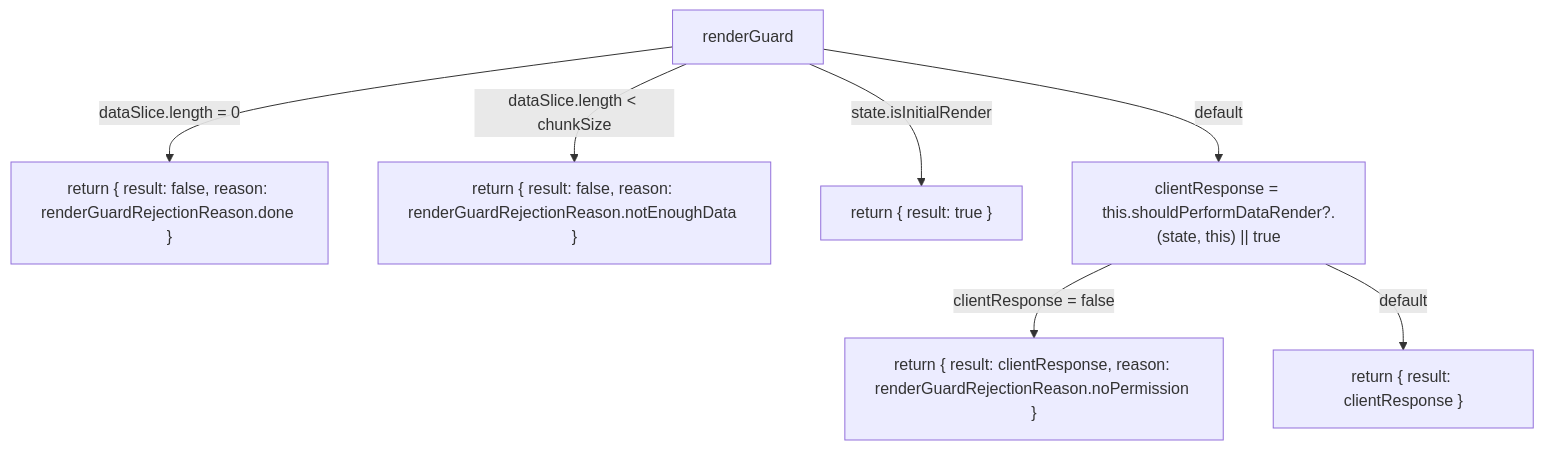
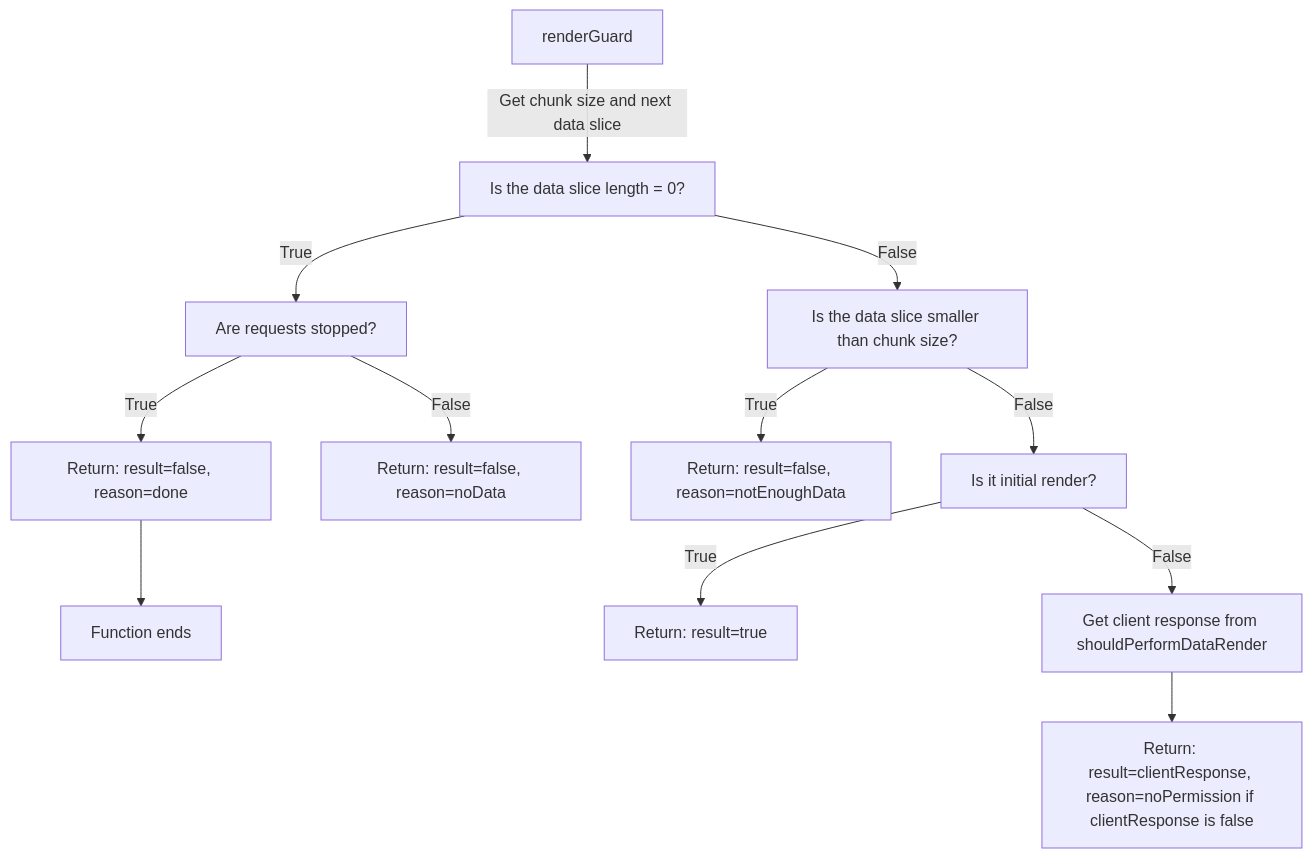
The first of 2 diagrams in src/components/base/b-virtual-scroll/README.md (V4Fire/Client), drawn with Mermaid before and after one commit. The commit also changed other lines of this file, not shown here.

````diff
--- a/src/components/base/b-virtual-scroll/README.md
+++ b/src/components/base/b-virtual-scroll/README.md
@@ -419,9 +419,14 @@
 ```mermaid
-graph TD
-	A[renderGuard] -->|"dataSlice.length = 0"| B["return { result: false, reason: renderGuardRejectionReason.done }"]
-	A -->|"dataSlice.length < chunkSize"| C["return { result: false, reason: renderGuardRejectionReason.notEnoughData }"]
-	A -->|"state.isInitialRender"| D["return { result: true }"]
-	A -->|"default"| E["clientResponse = this.shouldPerformDataRender?.(state, this) || true"]
-	E -->|"clientResponse = false"| F["return { result: clientResponse, reason: renderGuardRejectionReason.noPermission }"]
-	E -->|"default"| G["return { result: clientResponse }"]
+graph TB
+    A["renderGuard"] -->|Get chunk size and next data slice| B["Is the data slice length = 0?"]
+    B -- True --> C["Are requests stopped?"]
+    C -- True --> E["Return: result=false, reason=done"]
+    E --> X["Function ends"]
+    C -- False --> F["Return: result=false, reason=noData"]
+    B -- False --> G["Is the data slice smaller than chunk size?"]
+    G -- True --> H["Return: result=false, reason=notEnoughData"]
+    G -- False --> I["Is it initial render?"]
+    I -- True --> J["Return: result=true"]
+    I -- False --> K["Get client response from shouldPerformDataRender"]
+    K --> L["Return: result=clientResponse, reason=noPermission if clientResponse is false"]
 ```
````
